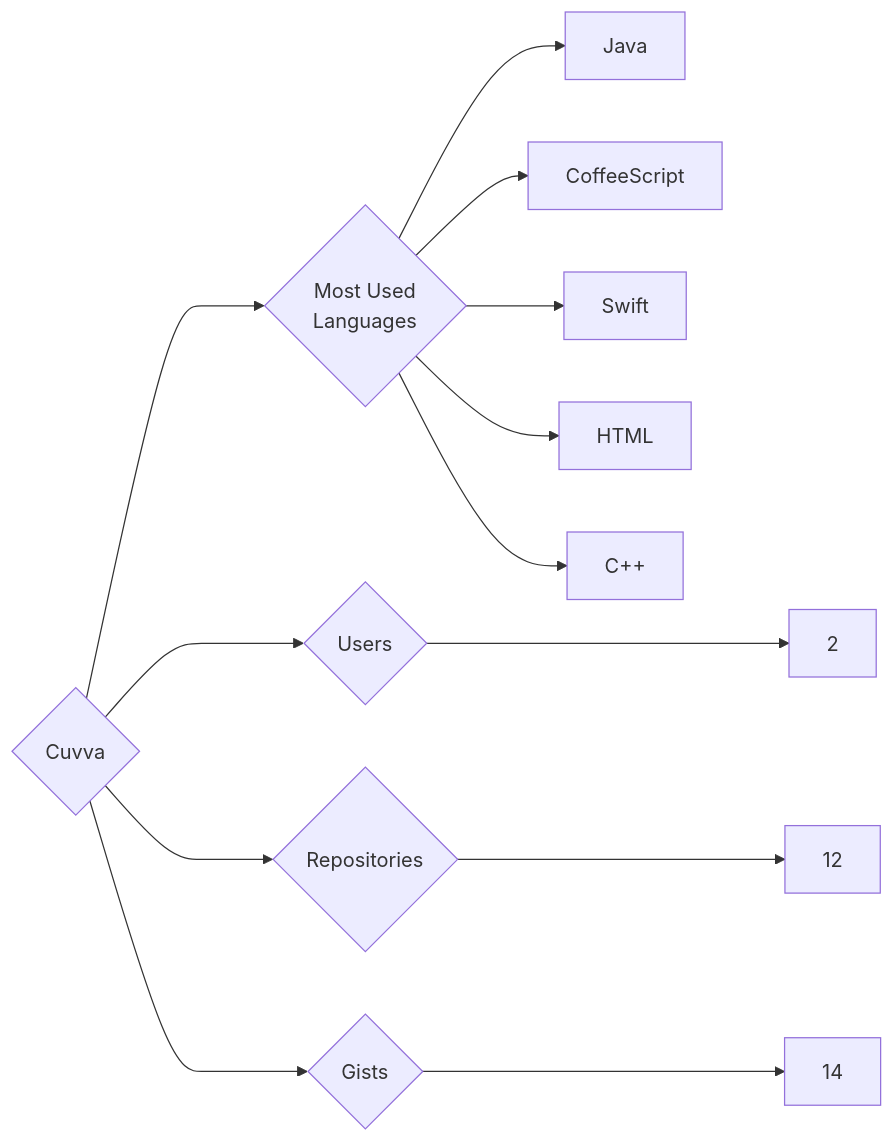
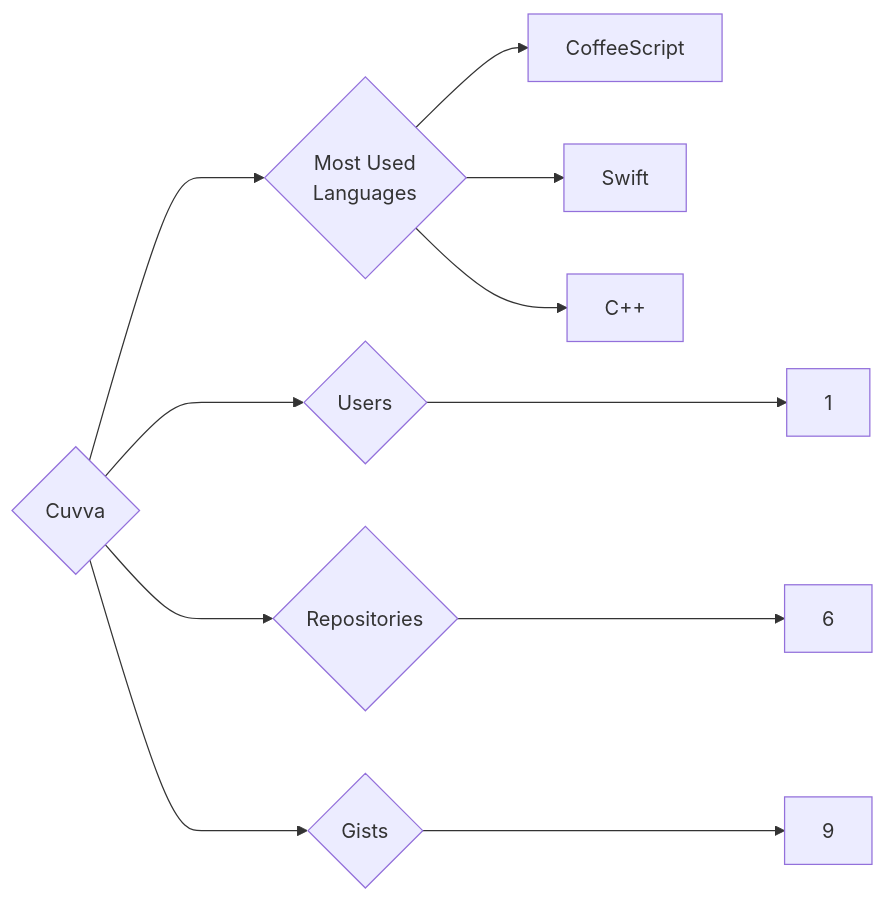
One commit to trickest/insiders changed the diagram in targets/Cuvva/README.md. Above: the diagram before and after it, drawn with Mermaid. The commit also changed 639 other files, not shown here.

````diff
--- a/targets/Cuvva/README.md
+++ b/targets/Cuvva/README.md
@@ -3,13 +3,11 @@
 ```mermaid
 graph LR
 COMPANY_NAME{Cuvva}
-COMPANY_NAME ---> U{Users} ---> UN[2]
-COMPANY_NAME ---> R{Repositories} ---> RN[12]
-COMPANY_NAME ---> G{Gists} ---> GN[14]
+COMPANY_NAME ---> U{Users} ---> UN[1]
+COMPANY_NAME ---> R{Repositories} ---> RN[6]
+COMPANY_NAME ---> G{Gists} ---> GN[9]
 COMPANY_NAME ---> ML{Most Used<br>Languages}
-ML --> Java[Java]
 ML --> CoffeeScript[CoffeeScript]
 ML --> Swift[Swift]
-ML --> HTML[HTML]
 ML --> C++[C++]
 ```
````
